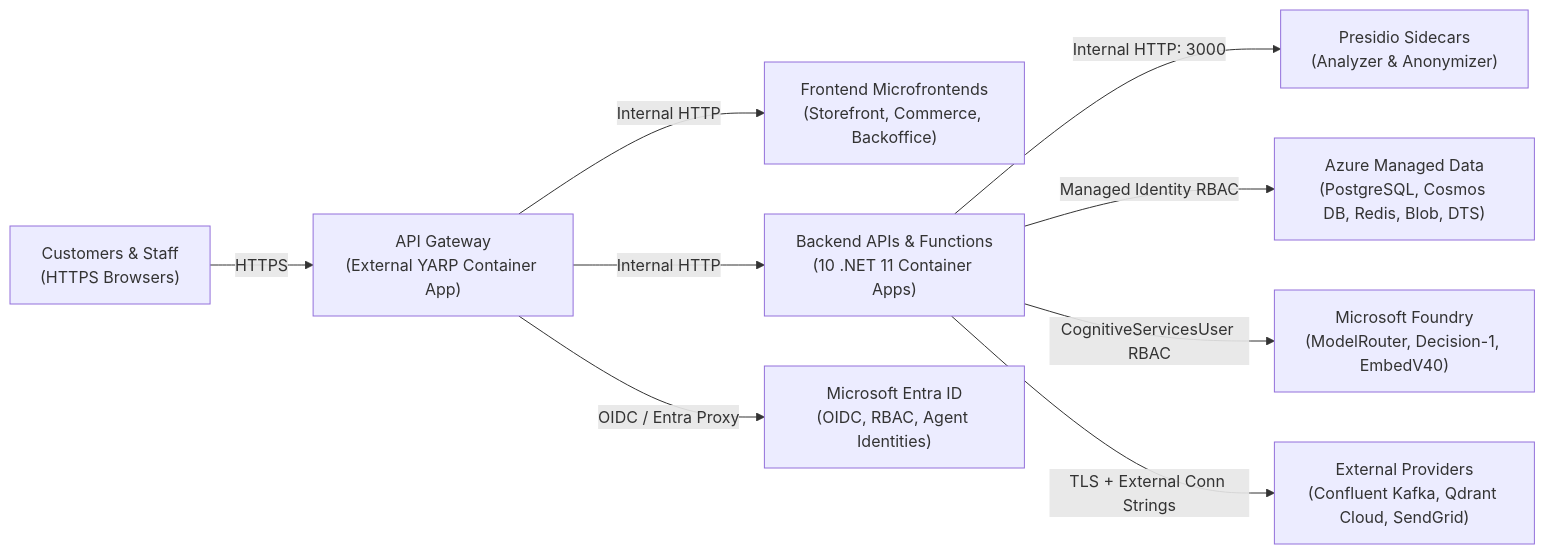
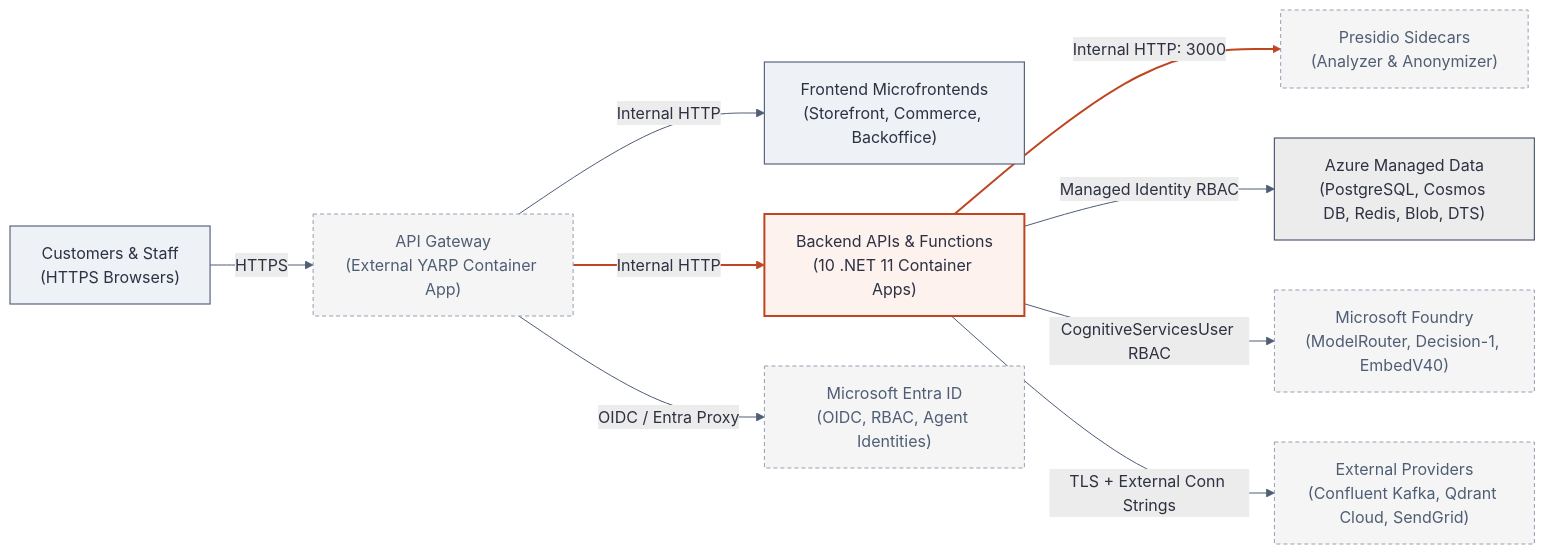
The diagram in docs/docs/arc42/07-deployment-view/mermaids/001-infrastructure-level-1-diagram-1.mmd (foxminchan/BookWorm), drawn with Mermaid before and after one commit. The commit also changed 191 other files, not shown here.

Commit message:
docs: update architecture diagrams and documentation

```diff
--- a/docs/docs/arc42/07-deployment-view/mermaids/001-infrastructure-level-1-diagram-1.mmd
+++ b/docs/docs/arc42/07-deployment-view/mermaids/001-infrastructure-level-1-diagram-1.mmd
@@ -1,19 +1,32 @@
+%%{init: {'theme': 'base', 'themeVariables': {'background': '#f5f5f5', 'primaryColor': '#ffffff', 'primaryTextColor': '#2d3142', 'primaryBorderColor': '#2d3142', 'secondaryColor': '#ececec', 'secondaryBorderColor': '#4f5d75', 'tertiaryColor': '#fdf2ee', 'tertiaryBorderColor': '#bf4520', 'lineColor': '#4f5d75', 'textColor': '#2d3142', 'clusterBkg': '#f8f9fa', 'clusterBorder': '#bfc0c0', 'fontFamily': 'Geist, system-ui, sans-serif'}}}%%
 flowchart LR
 	users["Customers & Staff\n(HTTPS Browsers)"]
 	gateway["API Gateway\n(External YARP Container App)"]
 	mfes["Frontend Microfrontends\n(Storefront, Commerce, Backoffice)"]
 	apis["Backend APIs & Functions\n(10 .NET 11 Container Apps)"]
 	presidio["Presidio Sidecars\n(Analyzer & Anonymizer)"]
 	azuredata["Azure Managed Data\n(PostgreSQL, Cosmos DB, Redis, Blob, DTS)"]
 	foundry["Microsoft Foundry\n(ModelRouter, Decision-1, EmbedV40)"]
 	entra["Microsoft Entra ID\n(OIDC, RBAC, Agent Identities)"]
 	ext["External Providers\n(Confluent Kafka, Qdrant Cloud, SendGrid)"]
 
 	users -->|"HTTPS"| gateway
 	gateway -->|"Internal HTTP"| mfes
 	gateway -->|"Internal HTTP"| apis
 	apis --> |"Internal HTTP: 3000"| presidio
 	apis -->|"Managed Identity RBAC"| azuredata
 	apis -->|"CognitiveServicesUser RBAC"| foundry
 	gateway -->|"OIDC / Entra Proxy"| entra
 	apis -->|"TLS + External Conn Strings"| ext
+
+	classDef focal fill:#fdf2ee,stroke:#bf4520,stroke-width:2px,color:#2d3142
+	classDef service fill:#ffffff,stroke:#2d3142,stroke-width:1.2px,color:#2d3142
+	classDef store fill:#ececec,stroke:#4f5d75,stroke-width:1.2px,color:#2d3142
+	classDef input fill:#eef1f6,stroke:#5a6580,stroke-width:1.2px,color:#2d3142
+	classDef ext fill:#f5f5f5,stroke:#949eb2,stroke-width:1px,stroke-dasharray:4 3,color:#4f5d75
+	class apis focal
+	class azuredata store
+	class users,mfes input
+	class gateway,presidio,foundry,entra,ext ext
+	linkStyle 2 stroke:#bf4520,stroke-width:2px
+	linkStyle 3 stroke:#bf4520,stroke-width:2px
```
